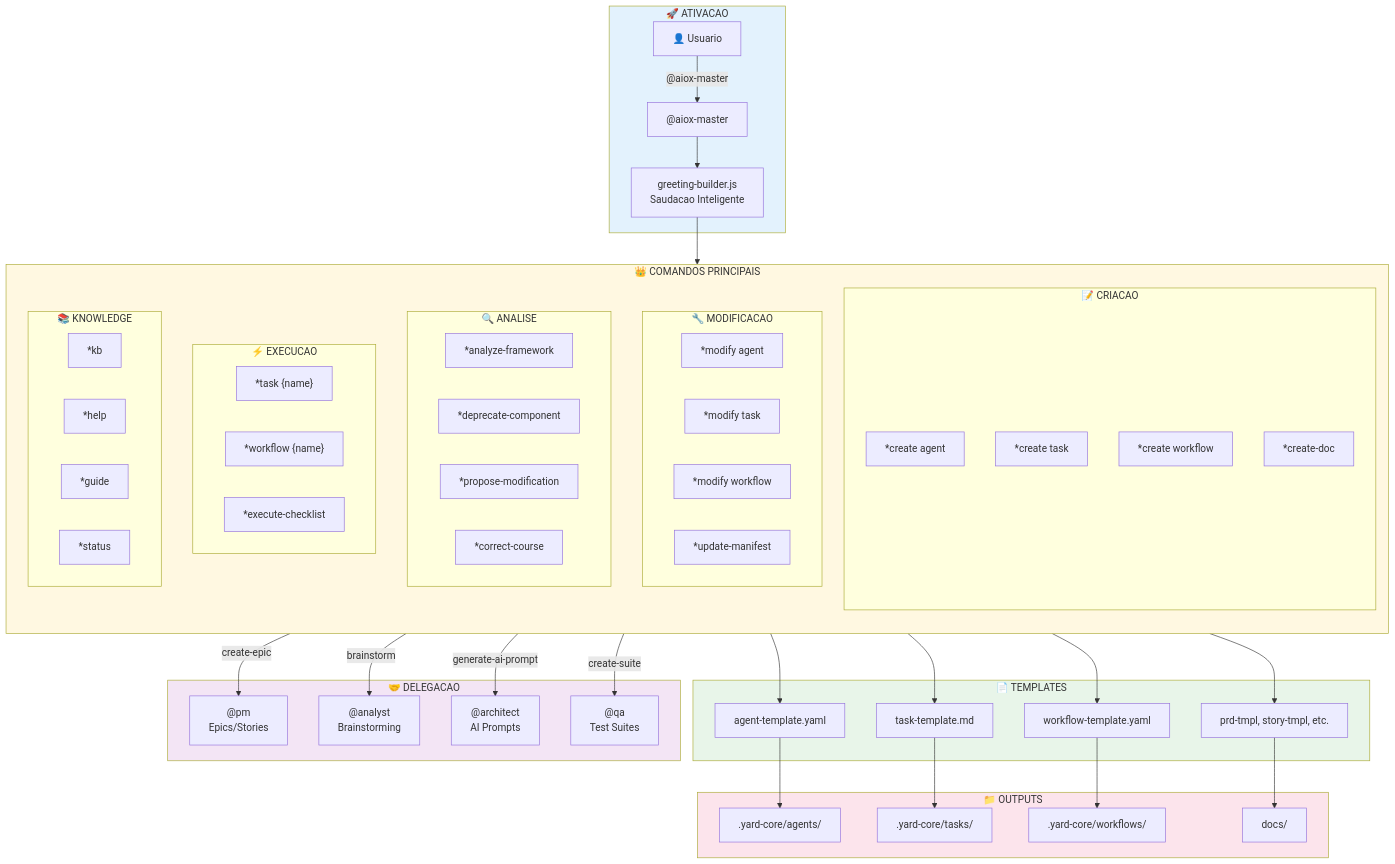
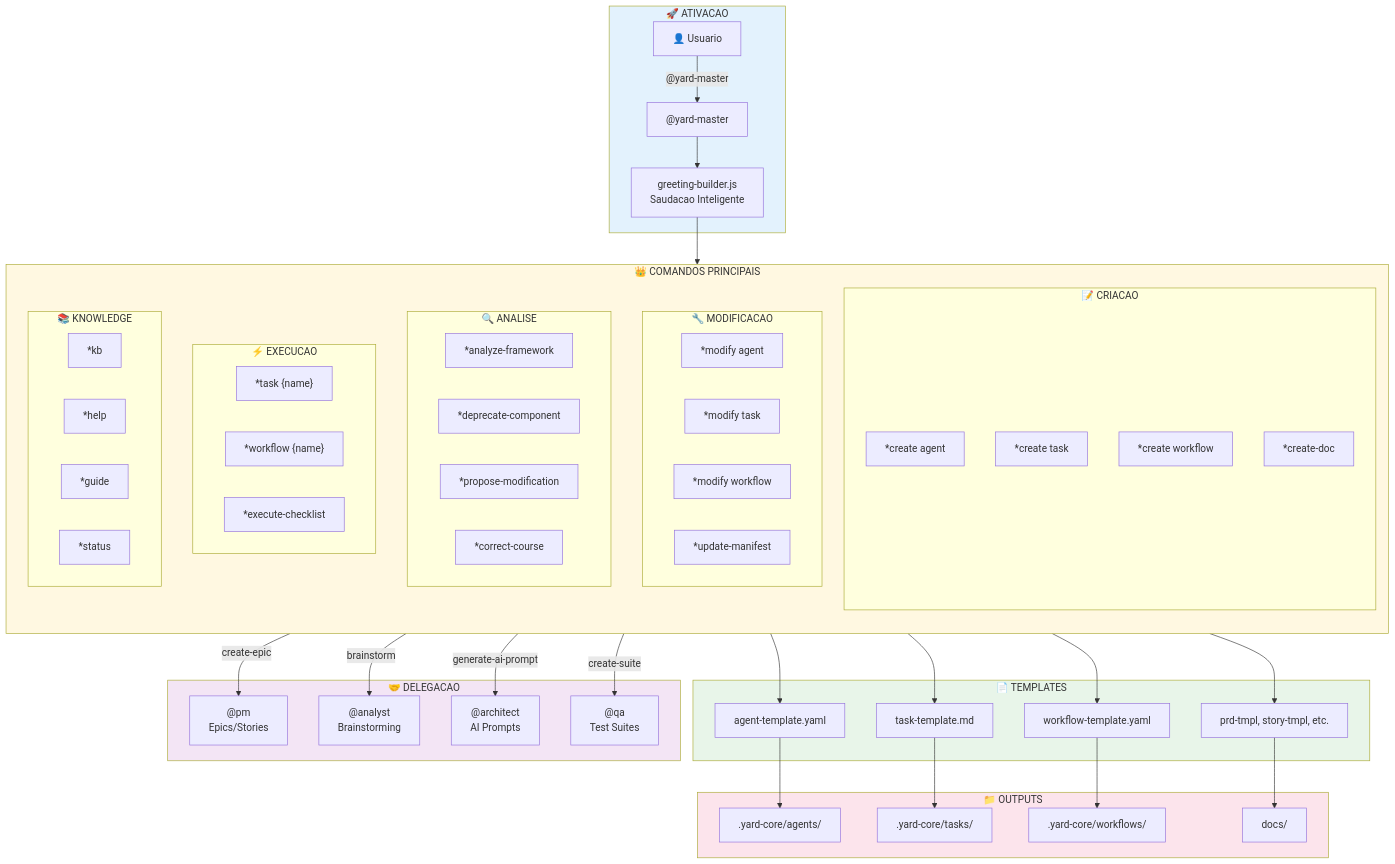
Before and after one commit to ernesto-langa/yard-core: the first of 3 diagrams in docs/guides/agents/AIOX-MASTER-SYSTEM.md, drawn with Mermaid. The commit also changed other lines of this file and 529 other files, not shown here.

```diff
--- a/docs/guides/agents/AIOX-MASTER-SYSTEM.md
+++ b/docs/guides/agents/AIOX-MASTER-SYSTEM.md
@@ -133,11 +133,11 @@
 flowchart TB
     subgraph ACTIVATION["🚀 ATIVACAO"]
         USER["👤 Usuario"]
-        ACTIVATE["@aiox-master"]
+        ACTIVATE["@yard-master"]
         GREETING["greeting-builder.js<br/>Saudacao Inteligente"]
     end
 
-    USER -->|"@aiox-master"| ACTIVATE
+    USER -->|"@yard-master"| ACTIVATE
     ACTIVATE --> GREETING
 
     subgraph COMMANDS["👑 COMANDOS PRINCIPAIS"]
```
